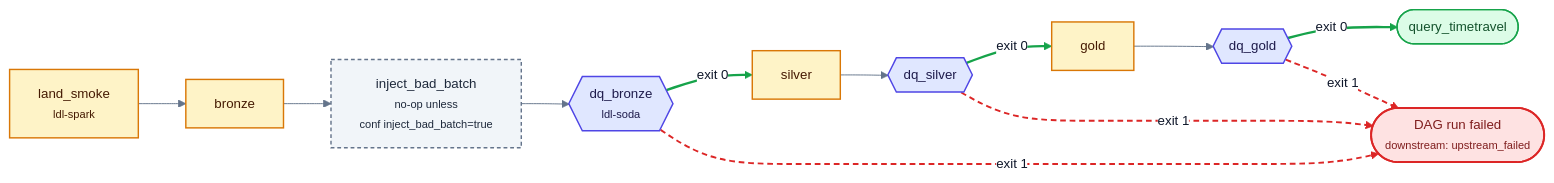
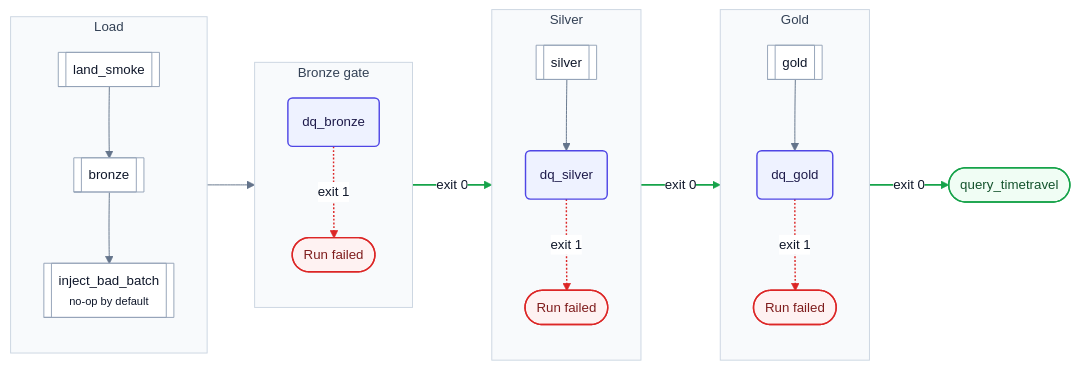
One commit to santoshshinde2012/lakehouse-quality-gates changed the fifth of 7 diagrams in docs/architecture.md. Above: the diagram before and after it, drawn with Mermaid. The commit also changed other lines of this file and 21 other files, not shown here.

Commit message:
docs: professional system architecture diagram

````diff
--- a/docs/architecture.md
+++ b/docs/architecture.md
@@ -274,36 +257,50 @@
 ```mermaid
-%%{init: {'theme':'base','themeVariables':{'fontFamily':'Inter, system-ui, -apple-system, Segoe UI, Helvetica, Arial, sans-serif','fontSize':'14px','primaryColor':'#eef2ff','primaryTextColor':'#0f172a','primaryBorderColor':'#6366f1','secondaryColor':'#f1f5f9','secondaryTextColor':'#0f172a','secondaryBorderColor':'#94a3b8','tertiaryColor':'#f8fafc','tertiaryTextColor':'#0f172a','tertiaryBorderColor':'#cbd5e1','lineColor':'#64748b','textColor':'#0f172a','nodeTextColor':'#0f172a','titleColor':'#0f172a','clusterBkg':'#f8fafc','clusterBorder':'#94a3b8','edgeLabelBackground':'#ffffff','noteBkgColor':'#fef9c3','noteTextColor':'#422006','noteBorderColor':'#ca8a04','actorBkg':'#eef2ff','actorBorder':'#6366f1','actorTextColor':'#1e1b4b','actorLineColor':'#94a3b8','signalColor':'#334155','signalTextColor':'#0f172a','labelBoxBkgColor':'#eef2ff','labelBoxBorderColor':'#6366f1','labelTextColor':'#1e1b4b','loopTextColor':'#1e1b4b','activationBkgColor':'#e0e7ff','activationBorderColor':'#4f46e5','sequenceNumberColor':'#ffffff','classText':'#0f172a'}}}%%
+%%{init: {'theme':'base','themeVariables':{'fontFamily':'Inter, system-ui, -apple-system, Segoe UI, Helvetica, Arial, sans-serif','fontSize':'14px','primaryColor':'#ffffff','primaryTextColor':'#0f172a','primaryBorderColor':'#94a3b8','secondaryColor':'#f8fafc','tertiaryColor':'#f8fafc','lineColor':'#64748b','textColor':'#0f172a','clusterBkg':'#f8fafc','clusterBorder':'#cbd5e1','titleColor':'#334155','edgeLabelBackground':'#ffffff','noteBkgColor':'#f8fafc','noteTextColor':'#0f172a','noteBorderColor':'#cbd5e1','actorBkg':'#ffffff','actorBorder':'#94a3b8','actorTextColor':'#0f172a','actorLineColor':'#94a3b8','signalColor':'#475569','signalTextColor':'#0f172a','labelBoxBkgColor':'#f8fafc','labelBoxBorderColor':'#94a3b8','labelTextColor':'#0f172a','loopTextColor':'#0f172a','activationBkgColor':'#eef2ff','activationBorderColor':'#4f46e5','sequenceNumberColor':'#ffffff','classText':'#0f172a'}}}%%
 flowchart LR
-  ST["land_smoke<br/><small>ldl-spark</small>"]:::platform
-  BR["bronze"]:::platform
-  IN["inject_bad_batch<br/><small>no-op unless<br/>conf inject_bad_batch=true</small>"]:::xcut
-  DB{{"dq_bronze<br/><small>ldl-soda</small>"}}:::app
-  SI["silver"]:::platform
-  DS{{"dq_silver"}}:::app
-  GO["gold"]:::platform
-  DG{{"dq_gold"}}:::app
+  subgraph LOAD["Load"]
+    direction TB
+    ST[["land_smoke"]]:::node
+    BR[["bronze"]]:::node
+    IN[["inject_bad_batch<br/><small>no-op by default</small>"]]:::node
+    ST --> BR --> IN
+  end
+  subgraph QB["Bronze gate"]
+    direction TB
+    DB("dq_bronze"):::ours
+    F1(["Run failed"]):::blocked
+    DB -. exit 1 .-> F1
+  end
+  subgraph QS["Silver"]
+    direction TB
+    SI[["silver"]]:::node
+    DS("dq_silver"):::ours
+    F2(["Run failed"]):::blocked
+    SI --> DS
+    DS -. exit 1 .-> F2
+  end
+  subgraph QG["Gold"]
+    direction TB
+    GO[["gold"]]:::node
+    DG("dq_gold"):::ours
+    F3(["Run failed"]):::blocked
+    GO --> DG
+    DG -. exit 1 .-> F3
+  end
   EN(["query_timetravel"]):::pass
-  FX(["DAG run failed<br/><small>downstream: upstream_failed</small>"]):::fail
-  ST --> BR
-  BR --> IN
-  IN --> DB
-  DB -->|exit 0| SI
-  SI --> DS
-  DS -->|exit 0| GO
-  GO --> DG
-  DG -->|exit 0| EN
-  DB -->|exit 1| FX
-  DS -->|exit 1| FX
-  DG -->|exit 1| FX
-  classDef entry fill:#e0f2fe,stroke:#0284c7,stroke-width:1.5px,color:#0c4a6e
-  classDef root fill:#e2e8f0,stroke:#475569,stroke-width:1.5px,color:#0f172a
-  classDef app fill:#e0e7ff,stroke:#4f46e5,stroke-width:1.5px,color:#1e1b4b
-  classDef domain fill:#ede9fe,stroke:#7c3aed,stroke-width:1.5px,color:#2e1065
-  classDef adapter fill:#ccfbf1,stroke:#0d9488,stroke-width:1.5px,color:#134e4a
-  classDef platform fill:#fef3c7,stroke:#d97706,stroke-width:1.5px,color:#451a03
-  classDef xcut fill:#f1f5f9,stroke:#64748b,stroke-width:1.5px,stroke-dasharray:4 3,color:#1e293b
-  classDef pass fill:#dcfce7,stroke:#16a34a,stroke-width:1.5px,color:#14532d
-  classDef fail fill:#fee2e2,stroke:#dc2626,stroke-width:2px,color:#7f1d1d
-  linkStyle 3,5,7 stroke:#16a34a,stroke-width:2.5px
-  linkStyle 8,9,10 stroke:#dc2626,stroke-width:2px,stroke-dasharray:6 4
+  LOAD --> QB
+  QB -->|exit 0| QS
+  QS -->|exit 0| QG
+  QG -->|exit 0| EN
+  classDef node fill:#ffffff,stroke:#94a3b8,stroke-width:1px,color:#0f172a
+  classDef store fill:#f1f5f9,stroke:#64748b,stroke-width:1px,color:#0f172a
+  classDef ours fill:#eef2ff,stroke:#4f46e5,stroke-width:1.5px,color:#1e1b4b
+  classDef actor fill:#ffffff,stroke:#64748b,stroke-width:1px,color:#0f172a
+  classDef blocked fill:#fef2f2,stroke:#dc2626,stroke-width:1.5px,color:#7f1d1d
+  classDef pass fill:#f0fdf4,stroke:#16a34a,stroke-width:1.5px,color:#14532d
+  style LOAD fill:#f8fafc,stroke:#cbd5e1,stroke-width:1px,color:#334155
+  style QB fill:#f8fafc,stroke:#cbd5e1,stroke-width:1px,color:#334155
+  style QS fill:#f8fafc,stroke:#cbd5e1,stroke-width:1px,color:#334155
+  style QG fill:#f8fafc,stroke:#cbd5e1,stroke-width:1px,color:#334155
+  linkStyle 2,4,6 stroke:#dc2626,stroke-width:1.5px
+  linkStyle 8,9,10 stroke:#16a34a,stroke-width:2px
 ```
````
